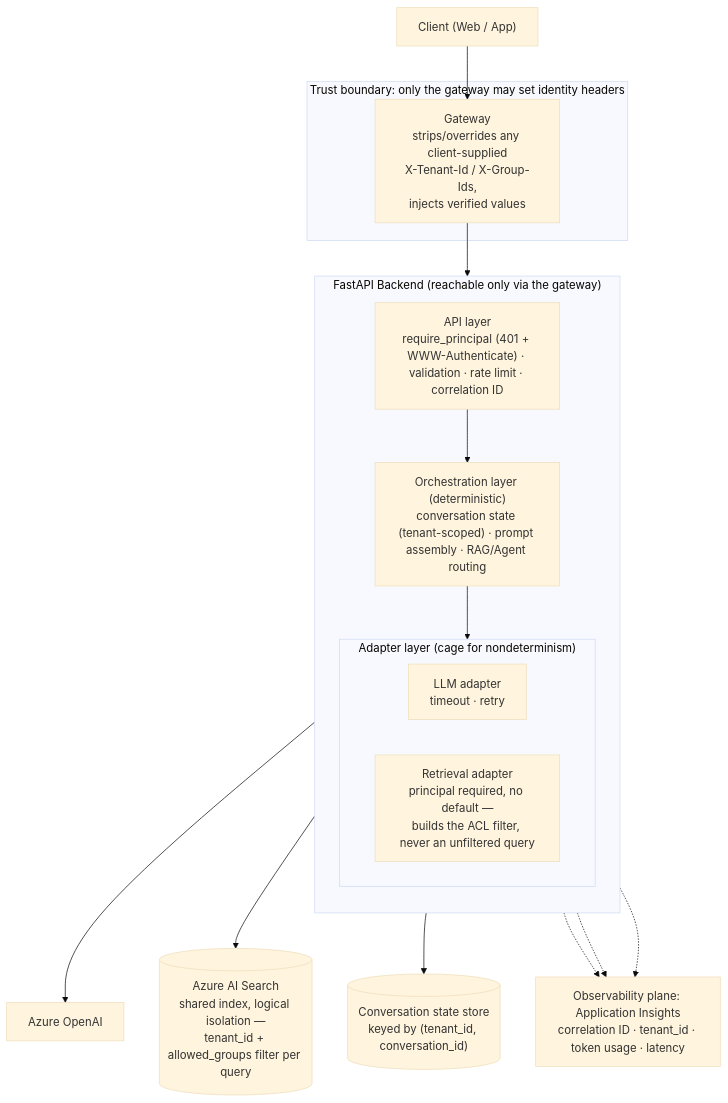
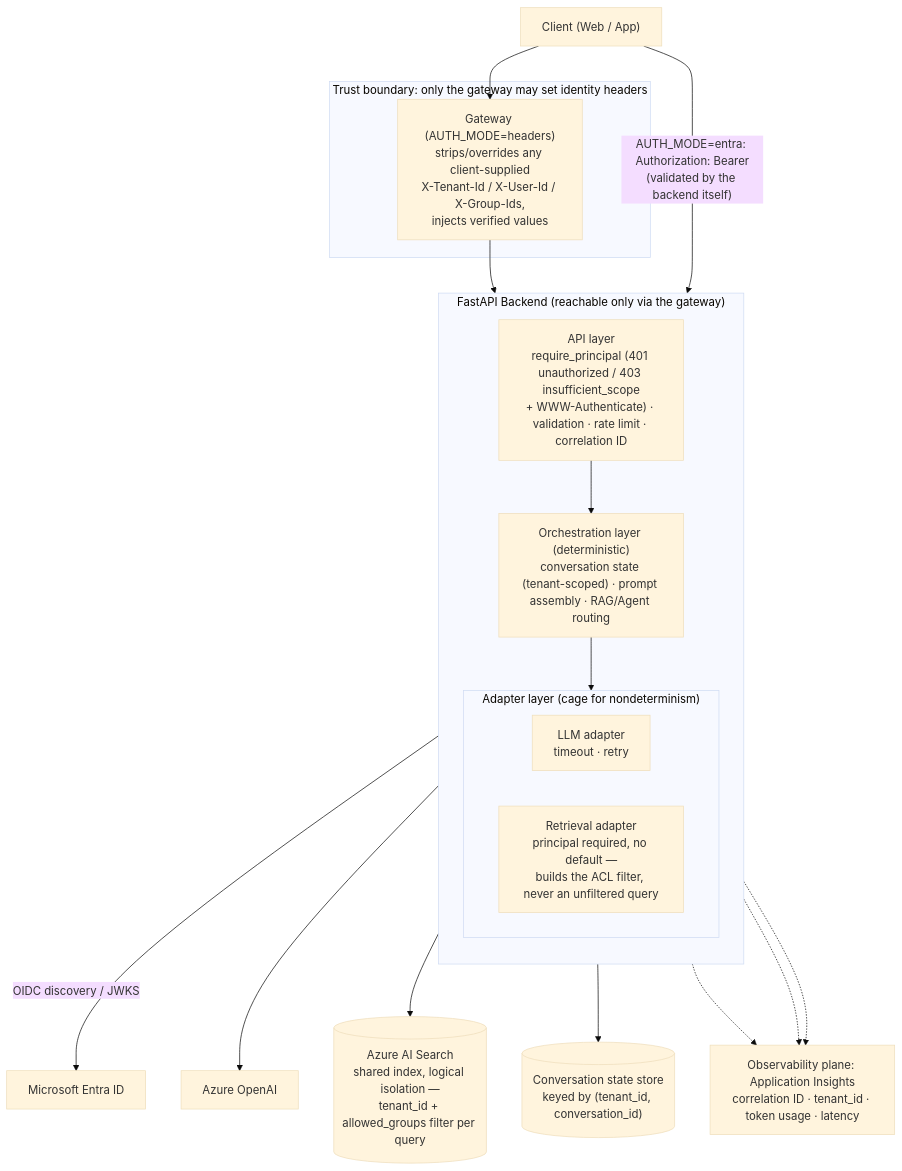
The diagram in docs/diagrams/reference-architecture.md (kehao-playground/azure-genai-backend-lab), drawn with Mermaid (base theme) before and after one commit. The commit also changed other lines of this file and 10 other files, not shown here.

````diff
--- a/docs/diagrams/reference-architecture.md
+++ b/docs/diagrams/reference-architecture.md
@@ -5,30 +5,32 @@
 ```mermaid
 flowchart TB
     Client["Client (Web / App)"]
 
     subgraph TrustBoundary["Trust boundary: only the gateway may set identity headers"]
-        GW["Gateway<br/>strips/overrides any client-supplied<br/>X-Tenant-Id / X-Group-Ids,<br/>injects verified values"]
+        GW["Gateway (AUTH_MODE=headers)<br/>strips/overrides any client-supplied<br/>X-Tenant-Id / X-User-Id / X-Group-Ids,<br/>injects verified values"]
     end
 
     subgraph Backend["FastAPI Backend (reachable only via the gateway)"]
         direction TB
-        APIL["API layer<br/>require_principal (401 + WWW-Authenticate) · validation · rate limit · correlation ID"]
+        APIL["API layer<br/>require_principal (401 unauthorized / 403 insufficient_scope<br/>+ WWW-Authenticate) · validation · rate limit · correlation ID"]
         Orch["Orchestration layer (deterministic)<br/>conversation state (tenant-scoped) · prompt assembly · RAG/Agent routing"]
         subgraph Adapters["Adapter layer (cage for nondeterminism)"]
             direction LR
             LLMA["LLM adapter<br/>timeout · retry"]
             RetA["Retrieval adapter<br/>principal required, no default —<br/>builds the ACL filter, never an unfiltered query"]
         end
         APIL --> Orch --> Adapters
     end
 
     Client --> GW --> APIL
+    Client -->|"AUTH_MODE=entra: Authorization: Bearer<br/>(validated by the backend itself)"| APIL
+    APIL -->|OIDC discovery / JWKS| Entra["Microsoft Entra ID"]
     LLMA --> AOAI["Azure OpenAI"]
     RetA --> Search[("Azure AI Search<br/>shared index, logical isolation —<br/>tenant_id + allowed_groups filter per query")]
     Orch --> State[("Conversation state store<br/>keyed by (tenant_id, conversation_id)")]
 
     Obs["Observability plane: Application Insights<br/>correlation ID · tenant_id · token usage · latency"]
     APIL -.-> Obs
     Orch -.-> Obs
     Adapters -.-> Obs
 ```
````
